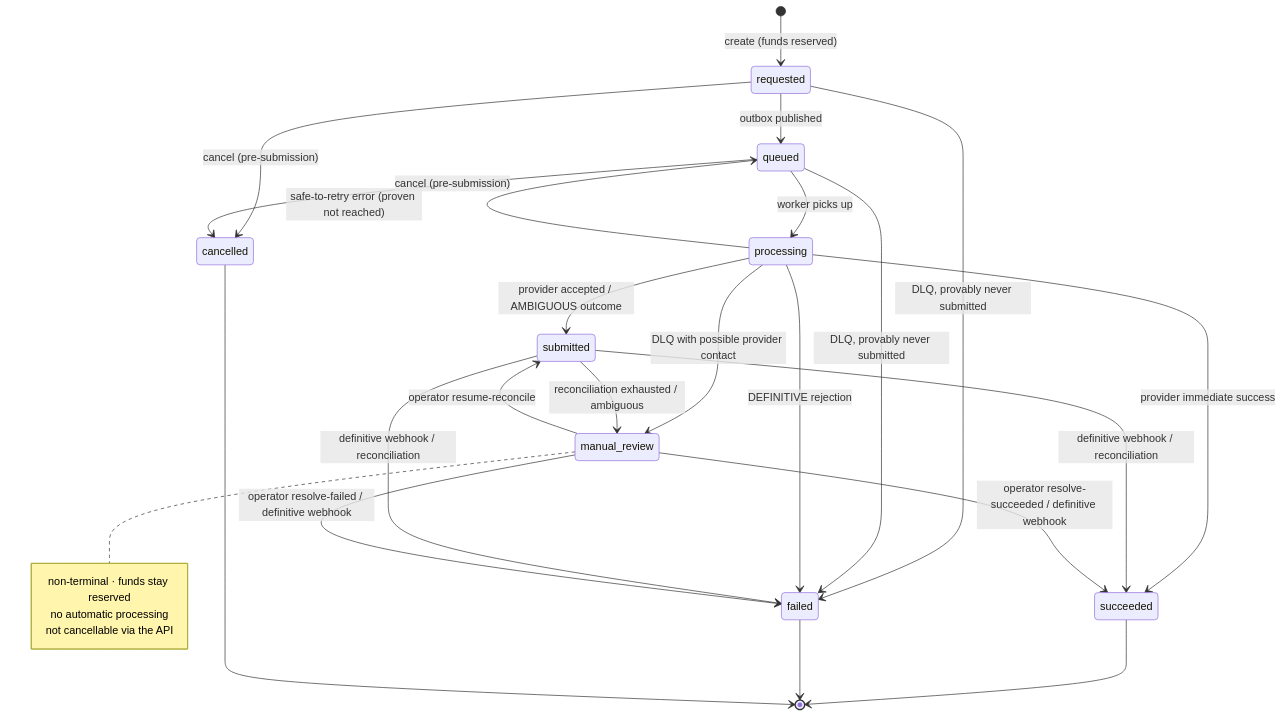
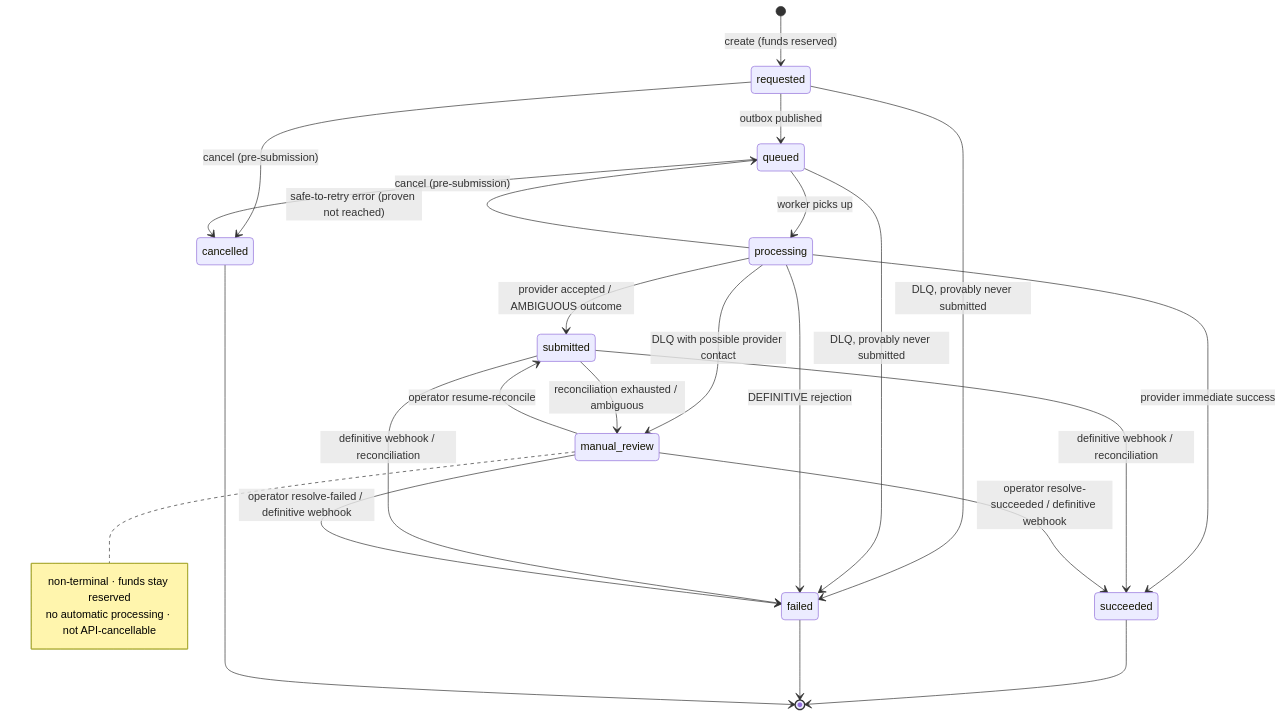
The first of 2 diagrams in README.md (mubinibum/ledger-payout-service), drawn with Mermaid before and after one commit. The commit also changed other lines of this file and 11 other files, not shown here.

````diff
--- a/README.md
+++ b/README.md
@@ -176,30 +93,29 @@
 ```mermaid
 stateDiagram-v2
     [*] --> requested : create (funds reserved)
     requested --> queued : outbox published
     requested --> cancelled : cancel (pre-submission)
     queued --> processing : worker picks up
     queued --> cancelled : cancel (pre-submission)
     requested --> failed : DLQ, provably never submitted
     queued --> failed : DLQ, provably never submitted
     processing --> queued : safe-to-retry error (proven not reached)
     processing --> submitted : provider accepted / AMBIGUOUS outcome
     processing --> succeeded : provider immediate success
     processing --> failed : DEFINITIVE rejection
     processing --> manual_review : DLQ with possible provider contact
     submitted --> succeeded : definitive webhook / reconciliation
     submitted --> failed : definitive webhook / reconciliation
     submitted --> manual_review : reconciliation exhausted / ambiguous
     manual_review --> succeeded : operator resolve-succeeded / definitive webhook
     manual_review --> failed : operator resolve-failed / definitive webhook
     manual_review --> submitted : operator resume-reconcile
     succeeded --> [*]
     failed --> [*]
     cancelled --> [*]
 
     note right of manual_review
         non-terminal · funds stay reserved
-        no automatic processing
-        not cancellable via the API
+        no automatic processing · not API-cancellable
     end note
 ```
````
